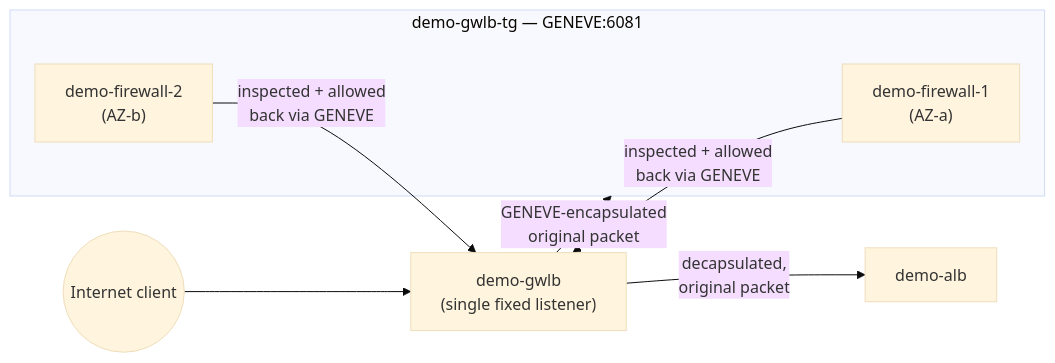
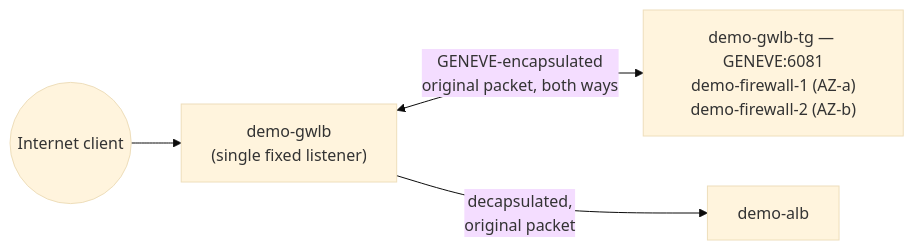
The diagram in EC2/LoadBalancer/12-Gateway-Load-Balancer.md (msdeepak052/AWS_Imp_Concepts), drawn with Mermaid (base theme) before and after one commit. The commit also changed 11 other files, not shown here.

Commit message:
Mermaid Diagram fixed

````diff
--- a/EC2/LoadBalancer/12-Gateway-Load-Balancer.md
+++ b/EC2/LoadBalancer/12-Gateway-Load-Balancer.md
@@ -60,15 +60,6 @@
 ```mermaid
 flowchart LR
-    CLIENT(("Internet client"))
-    CLIENT --> GWLB["demo-gwlb<br/>(single fixed listener)"]
-
-    subgraph TG["demo-gwlb-tg — GENEVE:6081"]
-        FW1["demo-firewall-1<br/>(AZ-a)"]
-        FW2["demo-firewall-2<br/>(AZ-b)"]
-    end
-
-    GWLB -->|"GENEVE-encapsulated<br/>original packet"| TG
-    FW1 -->|"inspected + allowed<br/>back via GENEVE"| GWLB
-    FW2 -->|"inspected + allowed<br/>back via GENEVE"| GWLB
+    CLIENT(("Internet client")) --> GWLB["demo-gwlb<br/>(single fixed listener)"]
+    GWLB <-->|"GENEVE-encapsulated<br/>original packet, both ways"| TG["demo-gwlb-tg — GENEVE:6081<br/>demo-firewall-1 (AZ-a)<br/>demo-firewall-2 (AZ-b)"]
     GWLB -->|"decapsulated,<br/>original packet"| ALB["demo-alb"]
 ```
````
